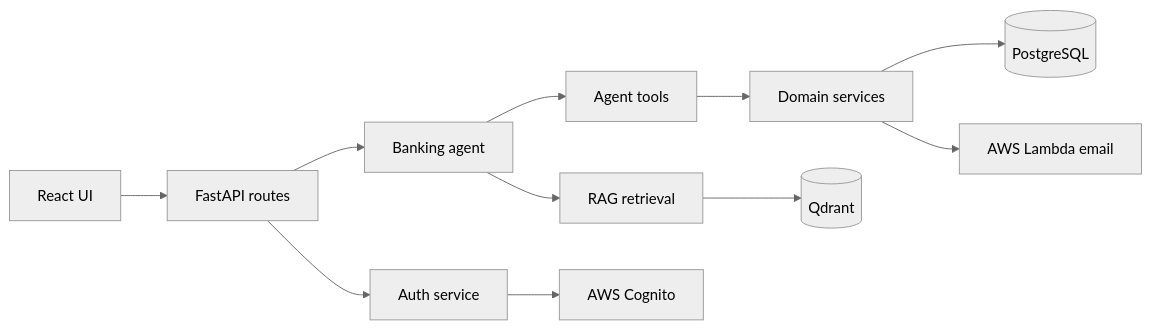
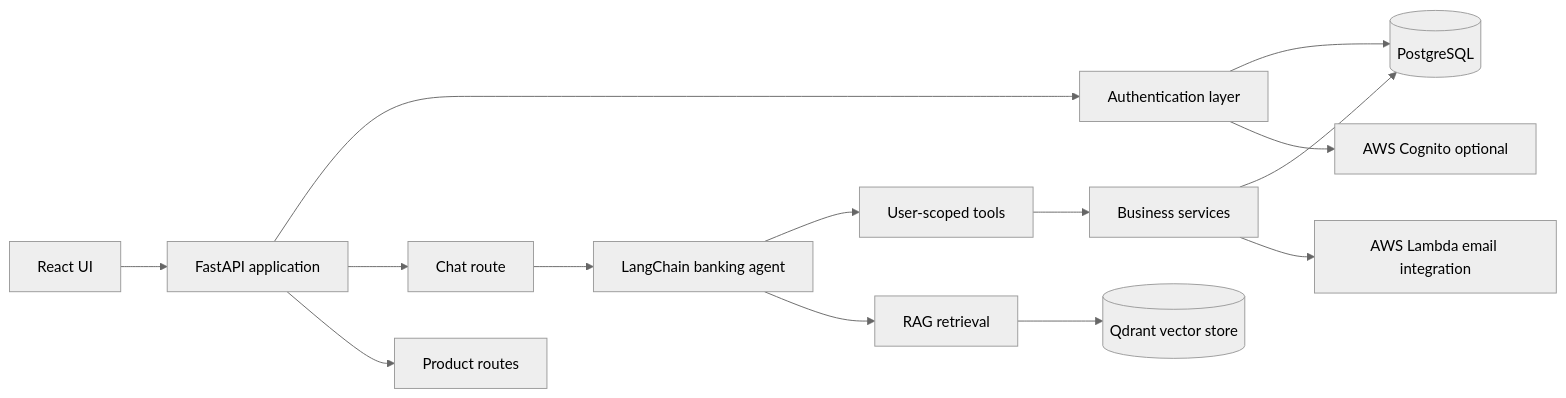
One commit to IsrafilHasanli/Banking_chatbot changed the diagram in docs/architecture.md. Above: the diagram before and after it, drawn with Mermaid (neutral theme). The commit also changed other lines of this file and 3 other files, not shown here.

````diff
--- a/docs/architecture.md
+++ b/docs/architecture.md
@@ -5,13 +11,20 @@
 ```mermaid
 flowchart LR
-    Browser[React UI] --> API[FastAPI routes]
-    API --> Auth[Auth service]
-    API --> Agent[Banking agent]
-    Agent --> Tools[Agent tools]
-    Tools --> Services[Domain services]
+    Browser[React UI] --> FastAPI[FastAPI application]
+    FastAPI --> Auth[Authentication layer]
+    FastAPI --> Chat[Chat route]
+    FastAPI --> Product[Product routes]
+
+    Chat --> Agent[LangChain banking agent]
+    Agent --> Tools[User-scoped tools]
+    Tools --> Services[Business services]
+
     Services --> Postgres[(PostgreSQL)]
+    Services --> Lambda[AWS Lambda email integration]
+
     Agent --> RAG[RAG retrieval]
-    RAG --> Qdrant[(Qdrant)]
-    Services --> Lambda[AWS Lambda email]
-    Auth --> Cognito[AWS Cognito]
+    RAG --> Qdrant[(Qdrant vector store)]
+
+    Auth --> Postgres
+    Auth --> Cognito[AWS Cognito optional]
 ```
````
